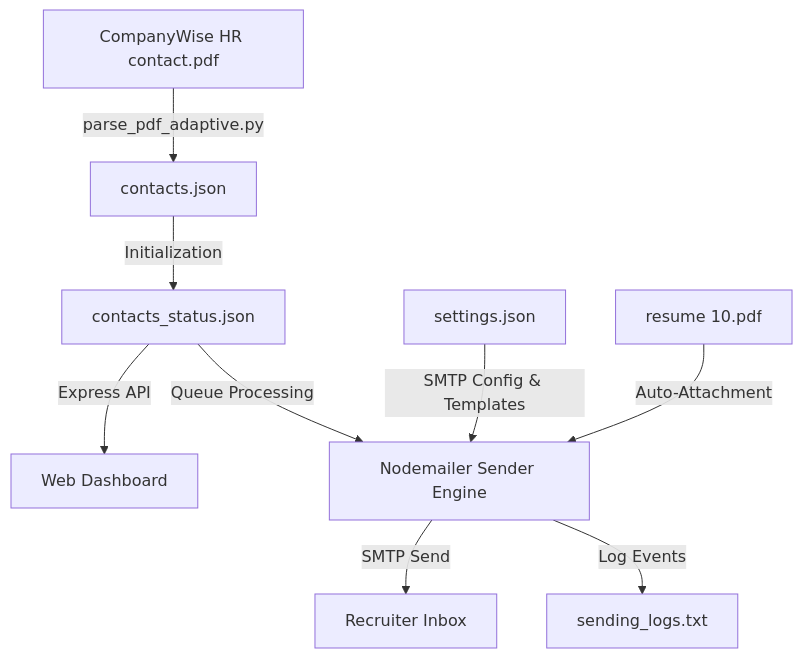
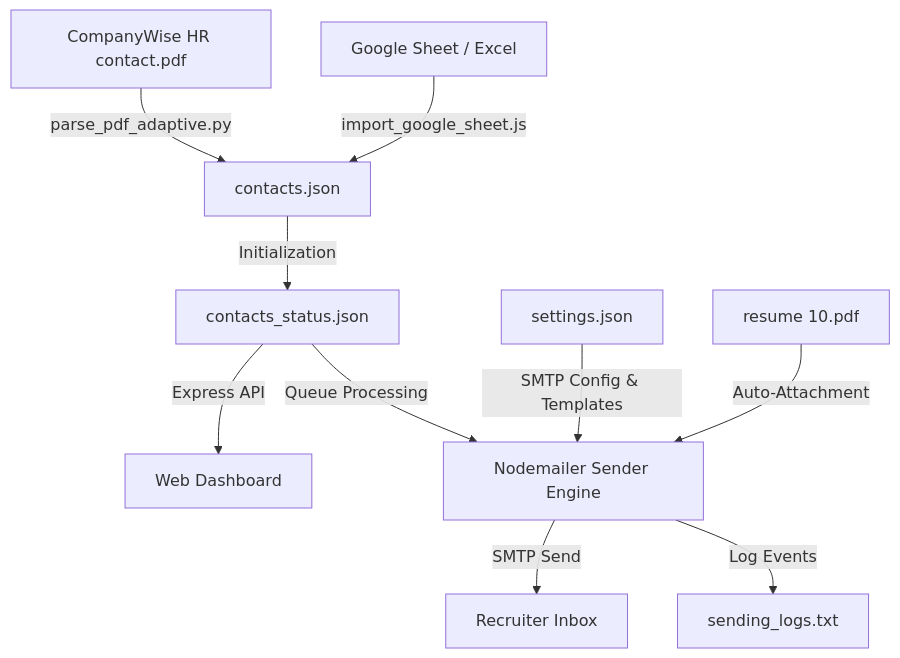
One commit to keshav9926/emailsender-automated changed the diagram in README.md. Above: the diagram before and after it, drawn with Mermaid. The commit also changed other lines of this file, not shown here.

Commit message:
Update README with Google Sheets and PDF usage instructions

````diff
--- a/README.md
+++ b/README.md
@@ -9,11 +9,12 @@
 ```mermaid
 graph TD
-    A[CompanyWise HR contact.pdf] -->|parse_pdf_adaptive.py| B[contacts.json]
+    A1[CompanyWise HR contact.pdf] -->|parse_pdf_adaptive.py| B[contacts.json]
+    A2[Google Sheet / Excel] -->|import_google_sheet.js| B
     B -->|Initialization| C[contacts_status.json]
     C -->|Express API| D[Web Dashboard]
     E[settings.json] -->|SMTP Config & Templates| F[Nodemailer Sender Engine]
     C -->|Queue Processing| F
     G[resume 10.pdf] -->|Auto-Attachment| F
     F -->|SMTP Send| H[Recruiter Inbox]
     F -->|Log Events| I[sending_logs.txt]
 ```
````
